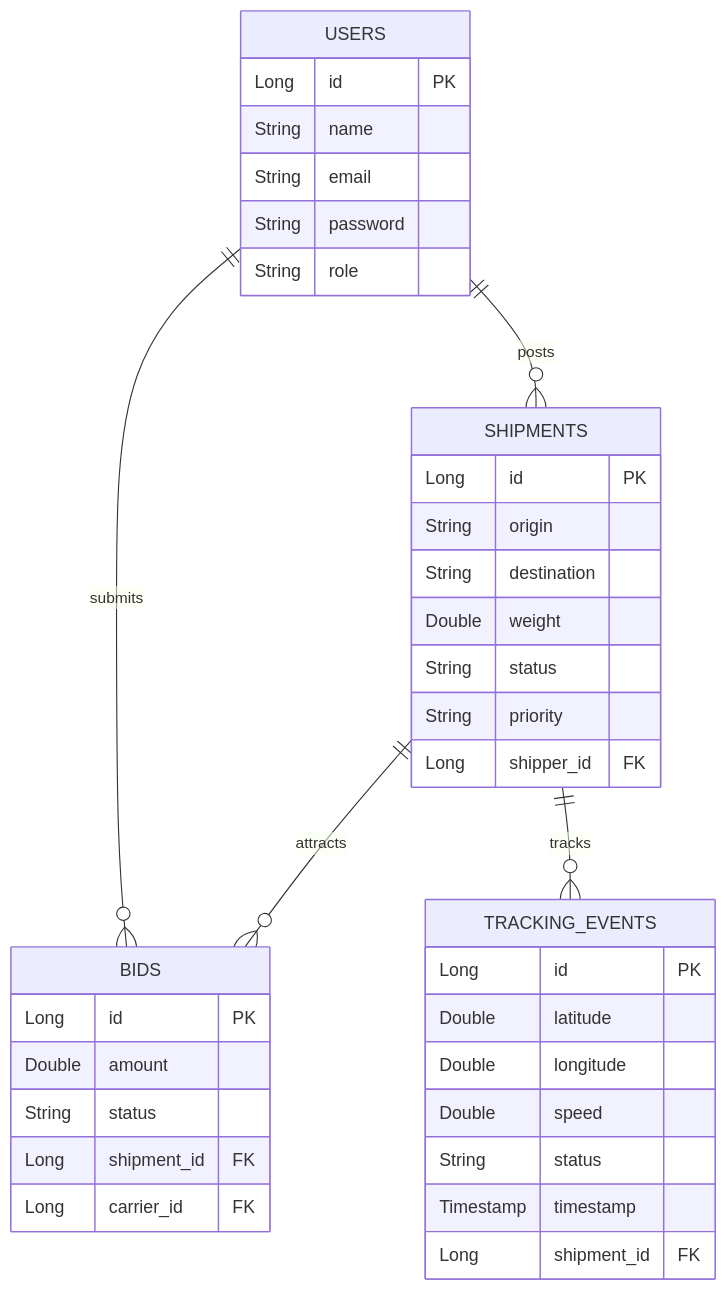
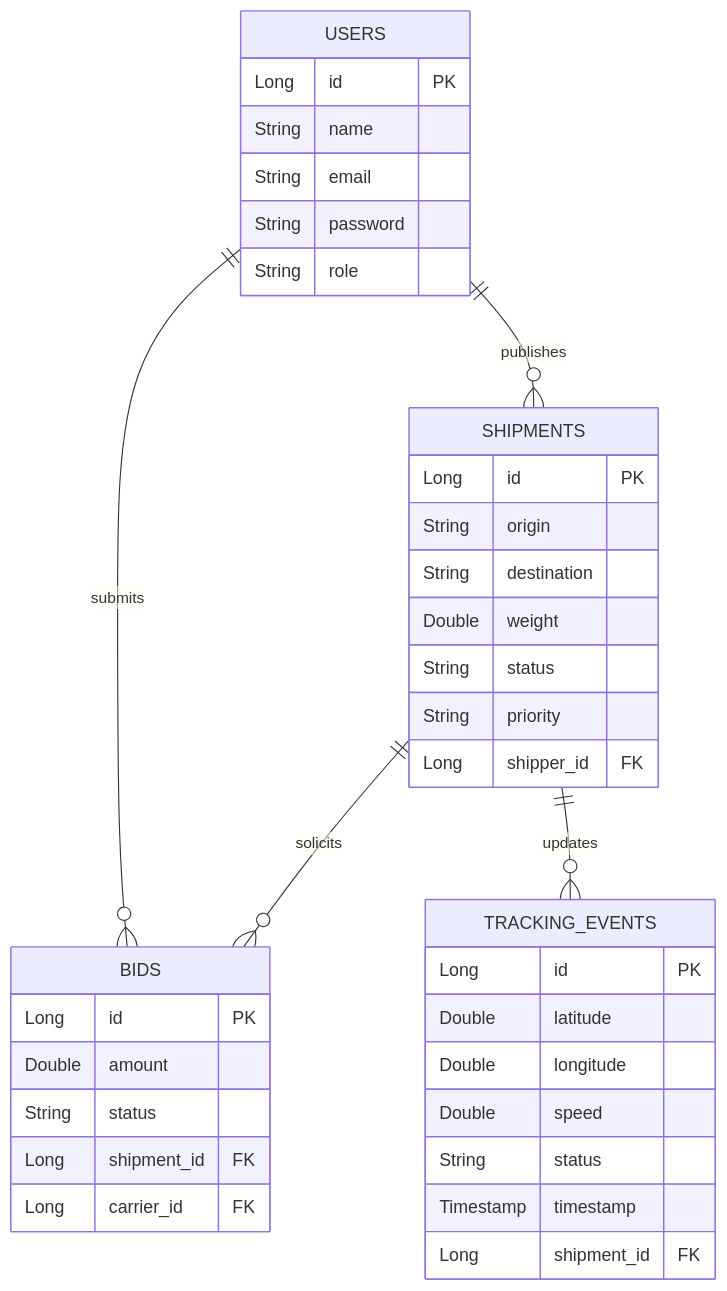
The third of 4 diagrams in logisticsmarketplace/README.md (SaiSnehasree/real-time-logistics-marketplace), drawn with Mermaid before and after one commit. The commit also changed other lines of this file, not shown here.

````diff
--- a/logisticsmarketplace/README.md
+++ b/logisticsmarketplace/README.md
@@ -58,40 +102,43 @@
 ```mermaid
 erDiagram
+    USERS ||--o{ SHIPMENTS : "publishes"
+    USERS ||--o{ BIDS : "submits"
+    SHIPMENTS ||--o{ BIDS : "solicits"
+    SHIPMENTS ||--o{ TRACKING_EVENTS : "updates"
+
     USERS {
         Long id PK
         String name
         String email
         String password
         String role
     }
+
     SHIPMENTS {
         Long id PK
         String origin
         String destination
         Double weight
         String status
         String priority
         Long shipper_id FK
     }
+
     BIDS {
         Long id PK
         Double amount
         String status
         Long shipment_id FK
         Long carrier_id FK
     }
+
     TRACKING_EVENTS {
         Long id PK
         Double latitude
         Double longitude
         Double speed
         String status
         Timestamp timestamp
         Long shipment_id FK
     }
-
-    USERS ||--o{ SHIPMENTS : "posts"
-    SHIPMENTS ||--o{ BIDS : "attracts"
-    USERS ||--o{ BIDS : "submits"
-    SHIPMENTS ||--o{ TRACKING_EVENTS : "tracks"
 ```
````
